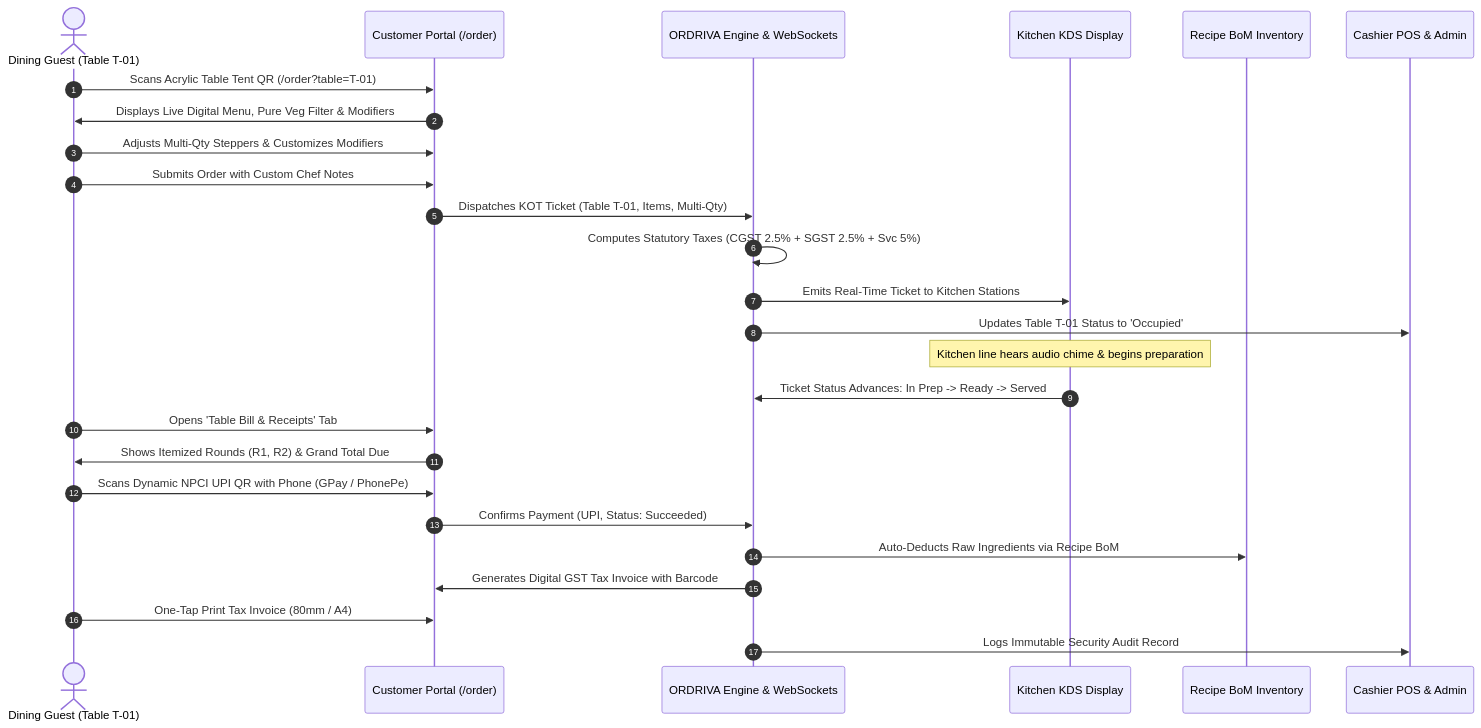
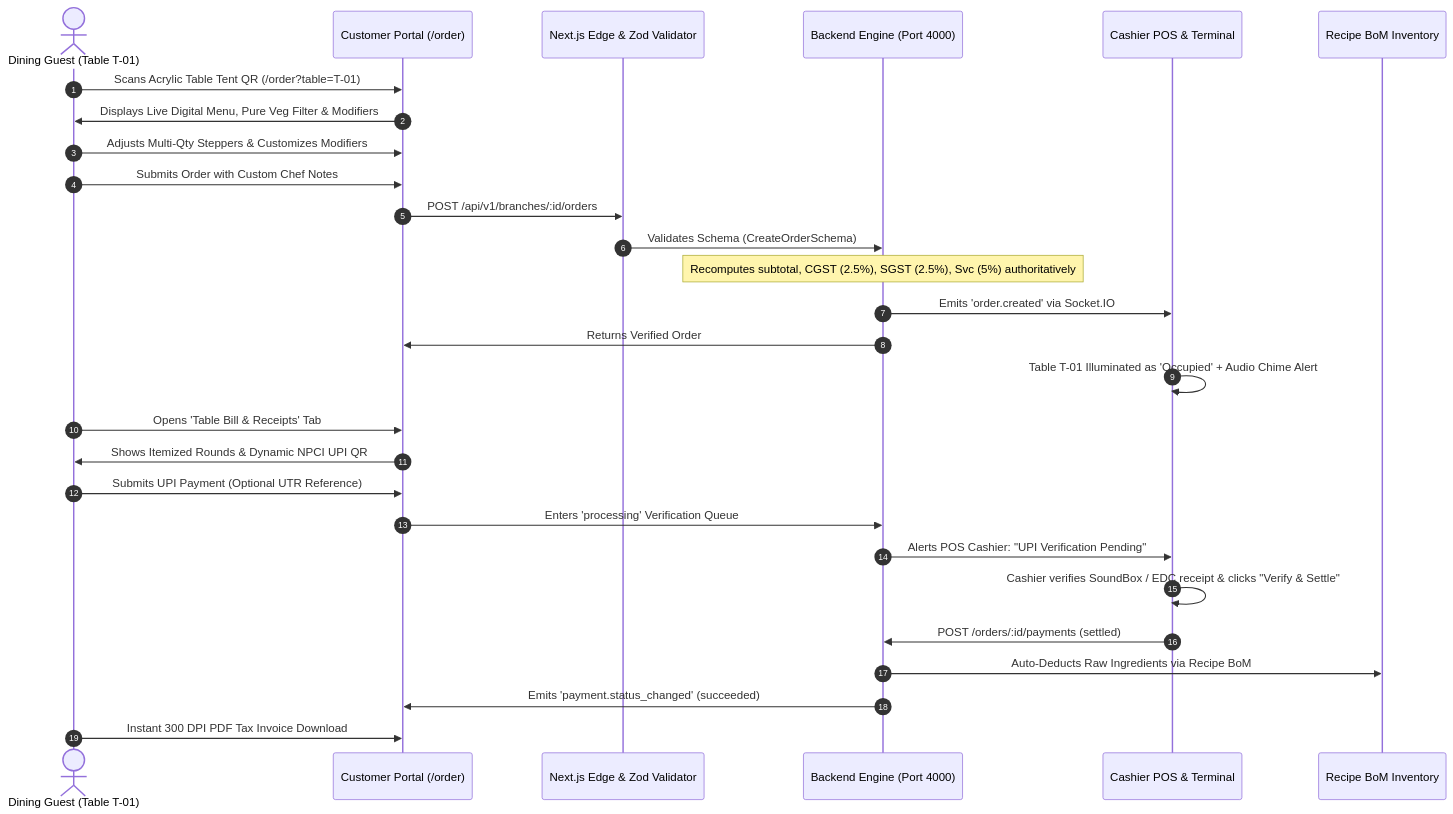
Before and after one commit to Gautamgiri798/ORDRIVA: the second of 3 diagrams in README.md, drawn with Mermaid. The commit also changed other lines of this file and 8 other files, not shown here.

````diff
--- a/README.md
+++ b/README.md
@@ -158,29 +167,31 @@
 ```mermaid
 sequenceDiagram
     autonumber
     actor Guest as Dining Guest (Table T-01)
     participant QR as Customer Portal (/order)
-    participant Engine as ORDRIVA Engine & WebSockets
-    participant KDS as Kitchen KDS Display
+    participant Edge as Next.js Edge & Zod Validator
+    participant API as Backend Engine (Port 4000)
+    participant POS as Cashier POS & Terminal
     participant Stock as Recipe BoM Inventory
-    participant POS as Cashier POS & Admin
 
     Guest->>QR: Scans Acrylic Table Tent QR (/order?table=T-01)
     QR->>Guest: Displays Live Digital Menu, Pure Veg Filter & Modifiers
     Guest->>QR: Adjusts Multi-Qty Steppers & Customizes Modifiers
     Guest->>QR: Submits Order with Custom Chef Notes
-    QR->>Engine: Dispatches KOT Ticket (Table T-01, Items, Multi-Qty)
-    Engine->>Engine: Computes Statutory Taxes (CGST 2.5% + SGST 2.5% + Svc 5%)
-    Engine->>KDS: Emits Real-Time Ticket to Kitchen Stations
-    Engine->>POS: Updates Table T-01 Status to 'Occupied'
-    Note over KDS: Kitchen line hears audio chime & begins preparation
-    KDS->>Engine: Ticket Status Advances: In Prep -> Ready -> Served
+    QR->>Edge: POST /api/v1/branches/:id/orders
+    Edge->>API: Validates Schema (CreateOrderSchema)
+    Note over API: Recomputes subtotal, CGST (2.5%), SGST (2.5%), Svc (5%) authoritatively
+    API->>POS: Emits 'order.created' via Socket.IO
+    API->>QR: Returns Verified Order #1004 & Dispatches Order
+    POS->>POS: Table T-01 Illuminated as 'Occupied' + Audio Chime Alert
     Guest->>QR: Opens 'Table Bill & Receipts' Tab
-    QR->>Guest: Shows Itemized Rounds (R1, R2) & Grand Total Due
-    Guest->>QR: Scans Dynamic NPCI UPI QR with Phone (GPay / PhonePe)
-    QR->>Engine: Confirms Payment (UPI, Status: Succeeded)
-    Engine->>Stock: Auto-Deducts Raw Ingredients via Recipe BoM
-    Engine->>QR: Generates Digital GST Tax Invoice with Barcode
-    Guest->>QR: One-Tap Print Tax Invoice (80mm / A4)
-    Engine->>POS: Logs Immutable Security Audit Record
+    QR->>Guest: Shows Itemized Rounds & Dynamic NPCI UPI QR
+    Guest->>QR: Submits UPI Payment (Optional UTR Reference)
+    QR->>API: Enters 'processing' Verification Queue
+    API->>POS: Alerts POS Cashier: "UPI Verification Pending"
+    POS->>POS: Cashier verifies SoundBox / EDC receipt & clicks "Verify & Settle"
+    POS->>API: POST /orders/:id/payments (settled)
+    API->>Stock: Auto-Deducts Raw Ingredients via Recipe BoM
+    API->>QR: Emits 'payment.status_changed' (succeeded)
+    Guest->>QR: Instant 300 DPI PDF Tax Invoice Download
 ```
````
